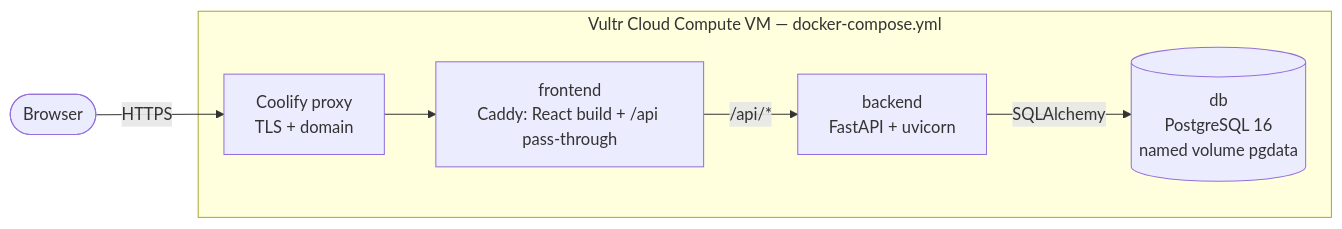
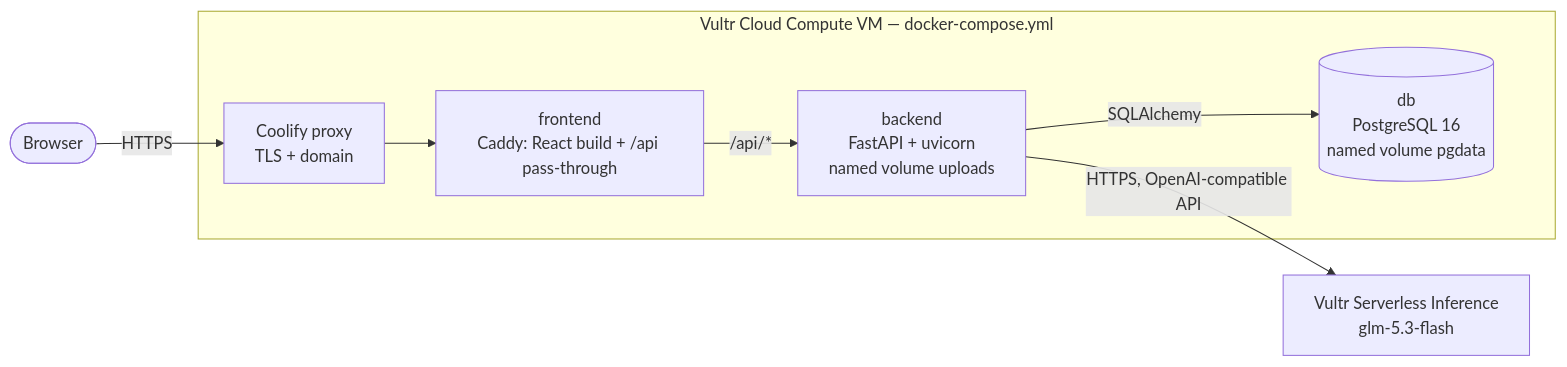
One commit to DrakesYT/unify-suite changed the first of 2 diagrams in docs/architecture.md. Above: the diagram before and after it, drawn with Mermaid. The commit also changed other lines of this file and 2 other files, not shown here.

Commit message:
Update README and architecture docs, clearer duplicate invoice message

````diff
--- a/docs/architecture.md
+++ b/docs/architecture.md
@@ -3,9 +3,10 @@
 ```mermaid
 flowchart LR
     user([Browser]) -->|HTTPS| proxy[Coolify proxy<br/>TLS + domain]
     subgraph vm[Vultr Cloud Compute VM — docker-compose.yml]
         proxy --> fe[frontend<br/>Caddy: React build + /api pass-through]
-        fe -->|/api/*| be[backend<br/>FastAPI + uvicorn]
+        fe -->|/api/*| be[backend<br/>FastAPI + uvicorn<br/>named volume uploads]
         be -->|SQLAlchemy| db[(db<br/>PostgreSQL 16<br/>named volume pgdata)]
     end
+    be -->|HTTPS, OpenAI-compatible API| llm[Vultr Serverless Inference<br/>glm-5.3-flash]
 ```
````
